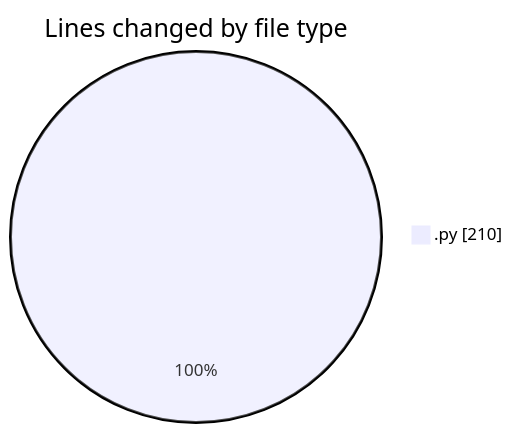
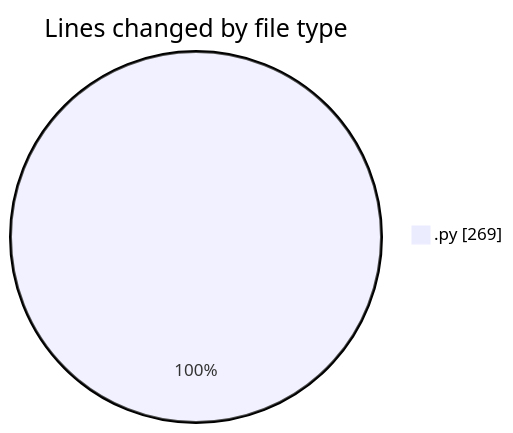
One commit to julien-gomy/code-tracking changed the first of 2 diagrams in 2025-10-22/eventscop-api-guide__workspace_/README.md. Above: the diagram before and after it, drawn with Mermaid. The commit also changed other lines of this file and 1 other file, not shown here.

````diff
--- a/2025-10-22/eventscop-api-guide__workspace_/README.md
+++ b/2025-10-22/eventscop-api-guide__workspace_/README.md
@@ -22,5 +24,5 @@
 ```mermaid
 pie showData
 title Lines changed by file type
-".py" : 210
+".py" : 269
 ```
````
